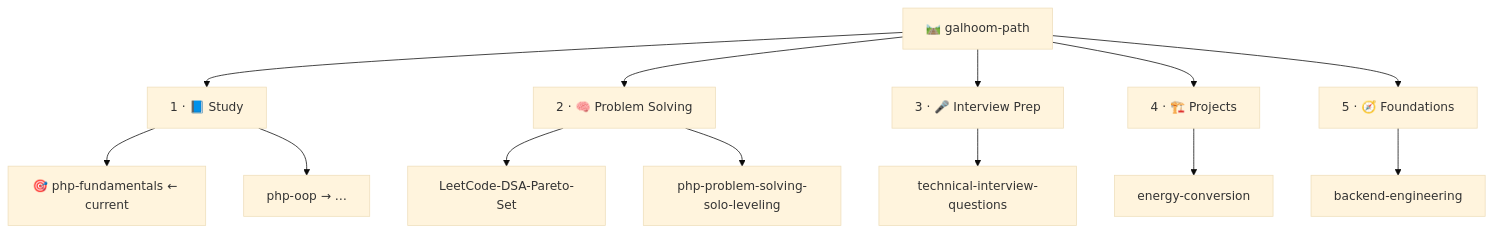
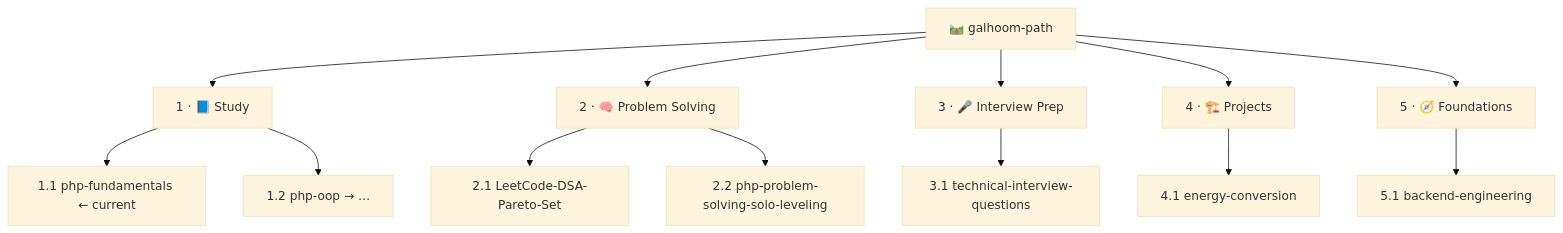
One commit to Galhoom22/Galhoom22 changed the diagram in README.md. Above: the diagram before and after it, drawn with Mermaid (base theme). The commit also changed other lines of this file, not shown here.

````diff
--- a/README.md
+++ b/README.md
@@ -55,16 +57,16 @@
 ```mermaid
 flowchart TB
   ORG["🛤️ galhoom-path"]
   ORG --> S["1 · 📘 Study"]
   ORG --> P["2 · 🧠 Problem Solving"]
   ORG --> I["3 · 🎤 Interview Prep"]
   ORG --> R["4 · 🏗️ Projects"]
   ORG --> F["5 · 🧭 Foundations"]
-  S --> S1["🎯 php-fundamentals ← current"]
-  S --> S2["php-oop → …"]
-  P --> P1["LeetCode-DSA-Pareto-Set"]
-  P --> P2["php-problem-solving-solo-leveling"]
-  I --> I1["technical-interview-questions"]
-  R --> R1["energy-conversion"]
-  F --> F1["backend-engineering"]
+  S --> S1["1.1 php-fundamentals ← current"]
+  S --> S2["1.2 php-oop → …"]
+  P --> P1["2.1 LeetCode-DSA-Pareto-Set"]
+  P --> P2["2.2 php-problem-solving-solo-leveling"]
+  I --> I1["3.1 technical-interview-questions"]
+  R --> R1["4.1 energy-conversion"]
+  F --> F1["5.1 backend-engineering"]
 ```
````
